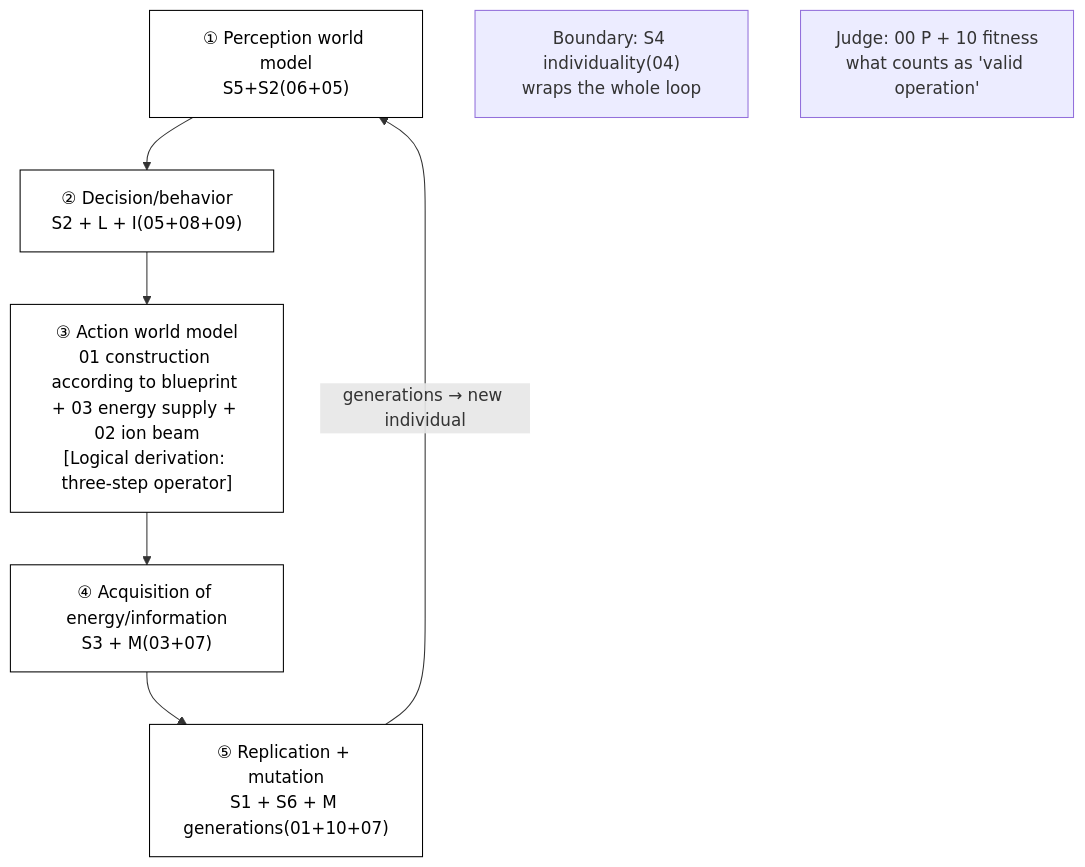
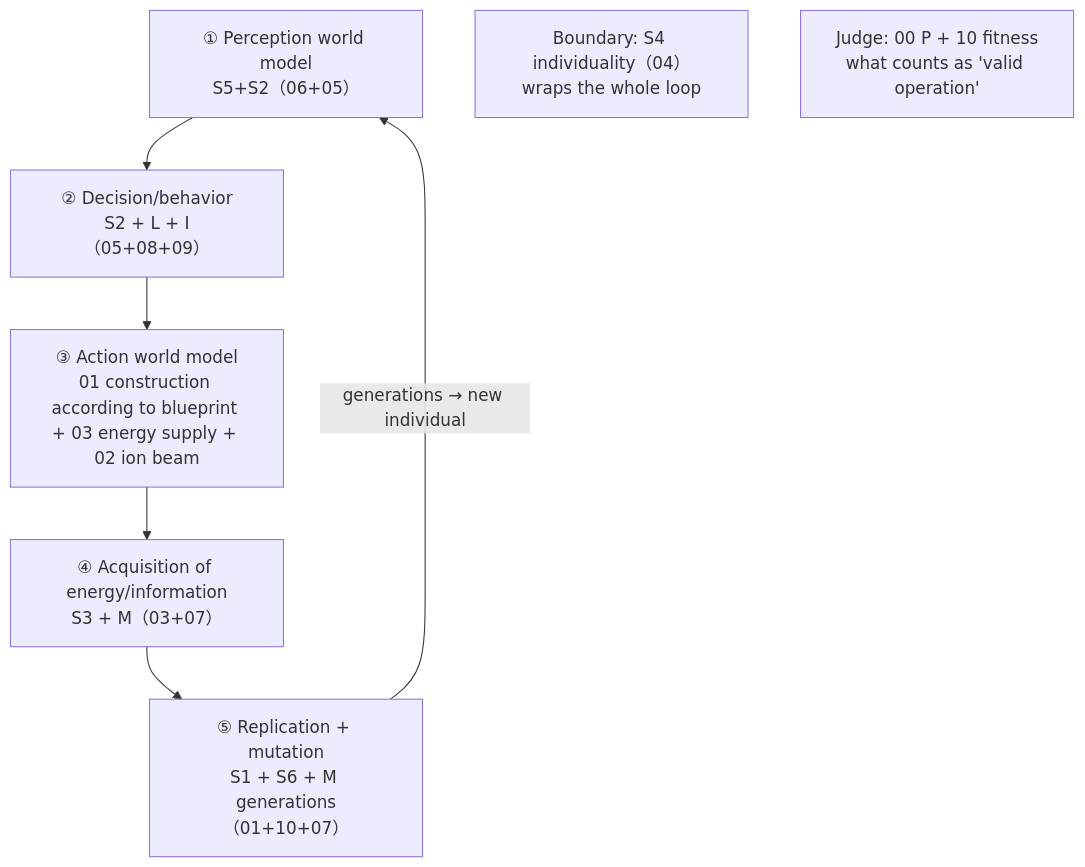
Before and after one commit to RichardASimon/Silicon-Biological-Blueprint: the first of 3 diagrams in en-US/11-System-Integration.md, drawn with Mermaid. The commit also changed other lines of this file and 23 other files, not shown here.

First line of the commit message:
docs: repair all mermaid diagrams and add emergence mechanisms with literature

````diff
--- a/en-US/11-System-Integration.md
+++ b/en-US/11-System-Integration.md
@@ -147,20 +147,15 @@
 ```mermaid
 flowchart TB
-    L1["① Perception world model<br/>S5+S2(06+05)<br/>"]
-    L2["② Decision/behavior<br/>S2 + L + I(05+08+09)<br/>"]
-    L3["③ Action world model<br/>01 construction according to blueprint + 03 energy supply + 02 ion beam<br/>[Logical derivation: three-step operator]"]
-    L4["④ Acquisition of energy/information<br/>S3 + M(03+07)<br/>"]
-    L5["⑤ Replication + mutation<br/>S1 + S6 + M generations(01+10+07)<br/>"]
-
+    L1["① Perception world model<br/>S5+S2（06+05）<br/>"]
+    L2["② Decision/behavior<br/>S2 + L + I（05+08+09）<br/>"]
+    L3["③ Action world model<br/>01 construction according to blueprint + 03 energy supply + 02 ion beam<br/>"]
+    L4["④ Acquisition of energy/information<br/>S3 + M（03+07）<br/>"]
+    L5["⑤ Replication + mutation<br/>S1 + S6 + M generations（01+10+07）<br/>"]
     L1 --> L2
     L2 --> L3
     L3 --> L4
     L4 --> L5
     L5 -->|generations → new individual| L1
-
-    B["Boundary: S4 individuality(04)<br/>wraps the whole loop<br/>"]
+    B["Boundary: S4 individuality（04）<br/>wraps the whole loop<br/>"]
     C["Judge: 00 P + 10 fitness<br/>what counts as 'valid operation'<br/>"]
-
-    classDef loop fill:transparent,stroke:currentColor,color:currentColor
-    class L1,L2,L3,L4,L5 loop
 ```
````
